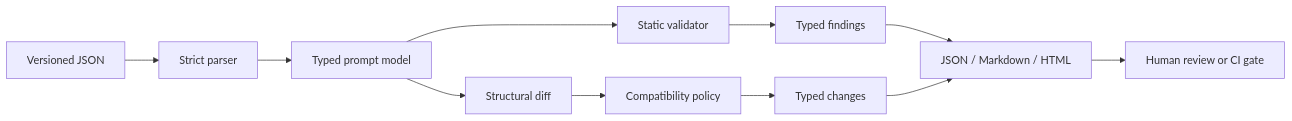
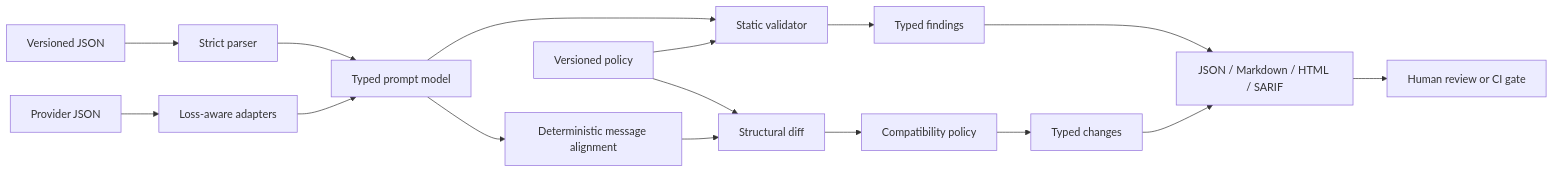
One commit to appleweiping/promptwitness changed the diagram in README.md. Above: the diagram before and after it, drawn with Mermaid. The commit also changed other lines of this file and 40 other files, not shown here.

````diff
--- a/README.md
+++ b/README.md
@@ -167,13 +215,18 @@
 ```mermaid
 flowchart LR
     A[Versioned JSON] --> B[Strict parser]
     B --> C[Typed prompt model]
     C --> D[Static validator]
-    C --> E[Structural diff]
+    C --> K[Deterministic message alignment]
+    K --> E[Structural diff]
+    L[Provider JSON] --> M[Loss-aware adapters]
+    M --> C
+    N[Versioned policy] --> D
+    N --> E
     E --> F[Compatibility policy]
     D --> G[Typed findings]
     F --> H[Typed changes]
-    G --> I[JSON / Markdown / HTML]
+    G --> I[JSON / Markdown / HTML / SARIF]
     H --> I
     I --> J[Human review or CI gate]
 ```
````
